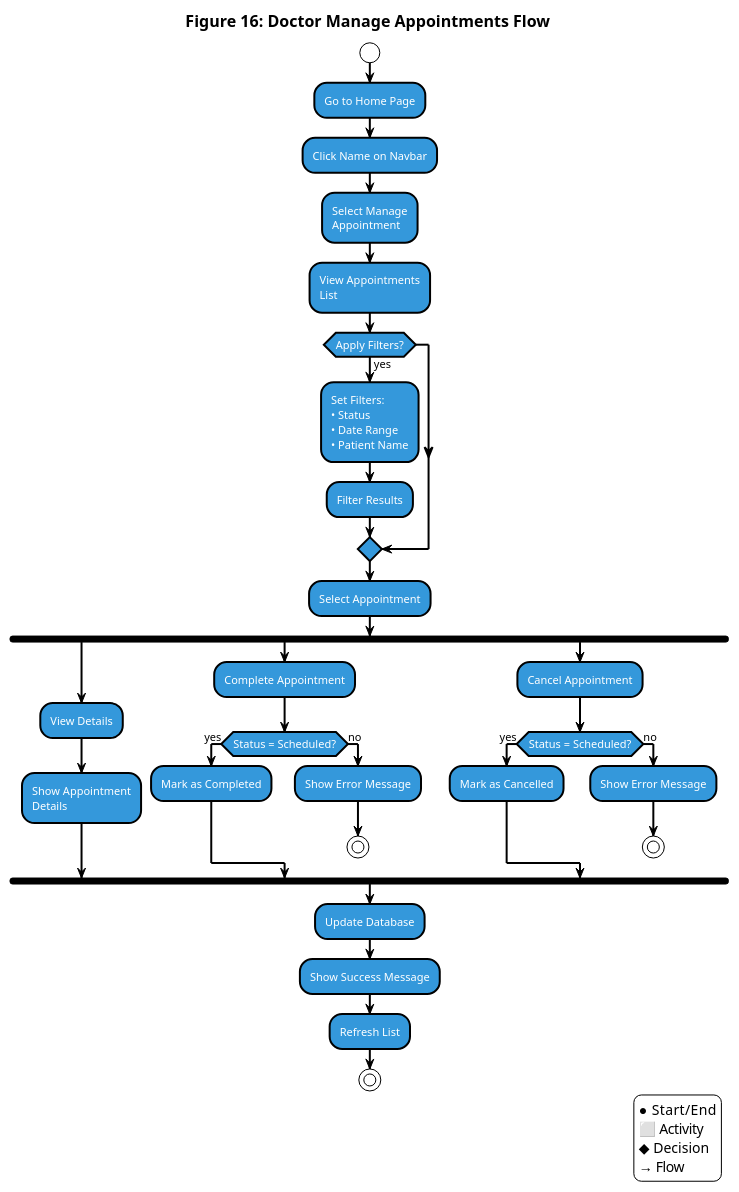
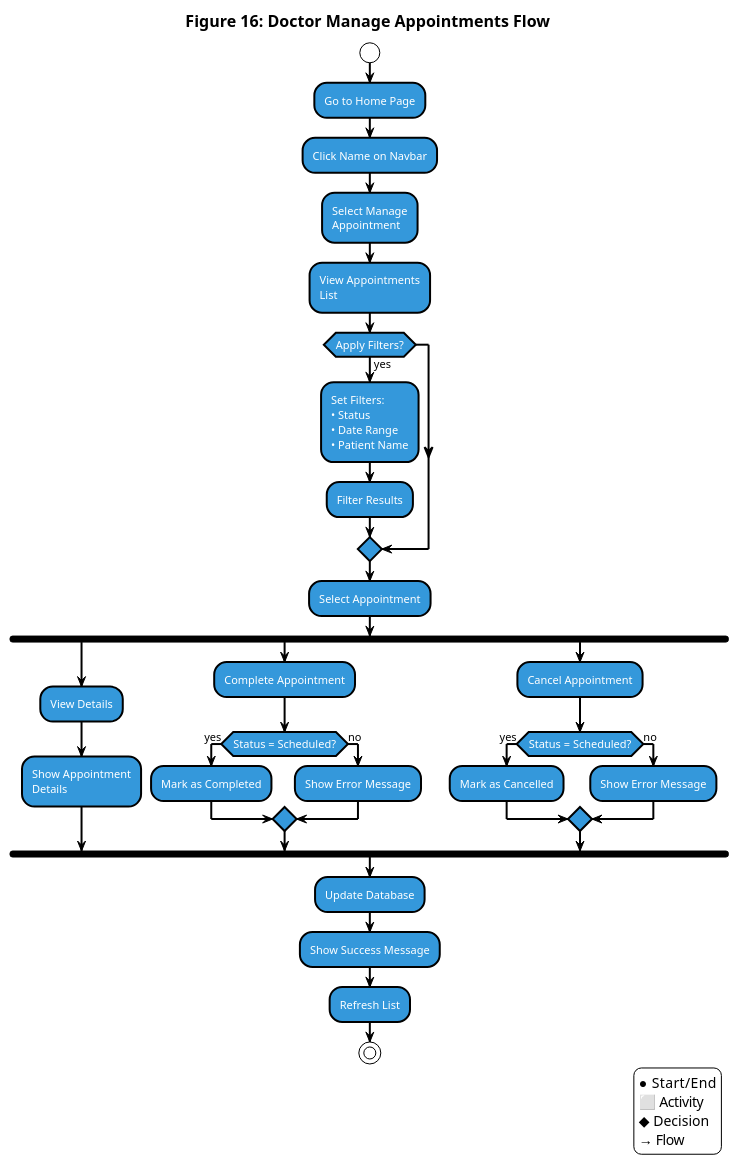
The diagram in Doctor_Manage_Appointments_Activity.puml (Ahmed-Makled/clinic), drawn with PlantUML before and after one commit. The commit also changed 21 other files, not shown here.

First line of the commit message:
Refactor sequence diagrams for clarity and consistency

```diff
--- a/Doctor_Manage_Appointments_Activity.puml
+++ b/Doctor_Manage_Appointments_Activity.puml
@@ -1,81 +1,79 @@
 @startuml Doctor_Manage_Appointments_Activity
 !theme plain
 skinparam backgroundColor white
 skinparam activityBorderColor black
 skinparam activityBackgroundColor #3498db
 skinparam startColor black
 skinparam endColor black
 skinparam decisionBorderColor black
 skinparam decisionBackgroundColor white
 skinparam arrowColor black
 skinparam activityFontColor white
 skinparam decisionFontColor black
 skinparam activityFontSize 11
 skinparam decisionFontSize 10
 skinparam titleFontSize 16
 skinparam titleFontColor black
 skinparam activityBorderThickness 2
 skinparam decisionBorderThickness 2
 skinparam arrowThickness 2
 skinparam shadowing false
 
 title Figure 16: Doctor Manage Appointments Flow
 
 start
 
 :Go to Home Page;
 
 :Click Name on Navbar;
 
 :Select Manage\nAppointment;
 
 :View Appointments\nList;
 
 if (Apply Filters?) then (yes)
   :Set Filters:
   • Status
   • Date Range
   • Patient Name;
-  
+
   :Filter Results;
 endif
 
 :Select Appointment;
 
 fork
   :View Details;
   :Show Appointment\nDetails;
 fork again
   :Complete Appointment;
   if (Status = Scheduled?) then (yes)
     :Mark as Completed;
   else (no)
     :Show Error Message;
-    stop
   endif
 fork again
   :Cancel Appointment;
   if (Status = Scheduled?) then (yes)
     :Mark as Cancelled;
   else (no)
     :Show Error Message;
-    stop
   endif
 end fork
 
 :Update Database;
 
 :Show Success Message;
 
 :Refresh List;
 
 stop
 
 legend right
 ● Start/End
 ⬜ Activity
 ◆ Decision
 → Flow
 endlegend
 
-@enduml 
+@enduml
```
